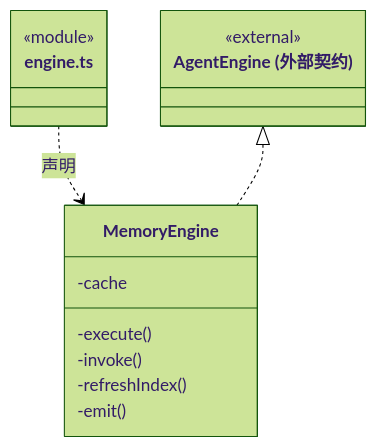
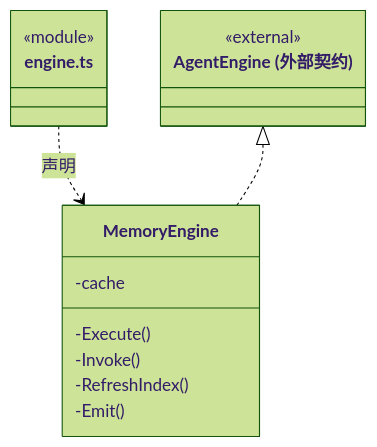
The second of 7 diagrams in src/logic/execution/engines/memory/ARCHITECTURE.md (nan023062/cbim), drawn with Mermaid (forest theme) before and after one commit. The commit also changed other lines of this file and 1035 other files, not shown here.

````diff
--- a/src/logic/execution/engines/memory/ARCHITECTURE.md
+++ b/src/logic/execution/engines/memory/ARCHITECTURE.md
@@ -60,18 +60,18 @@
 ```mermaid
 classDiagram
 class N_src_logic_execution_engines_memory_engine_ts["engine.ts"] {
   <<module>>
 }
 class N_src_logic_execution_engines_memory_engine_ts_MemoryEngine["MemoryEngine"] {
   -cache
-  -execute()
-  -invoke()
-  -refreshIndex()
-  -emit()
+  -Execute()
+  -Invoke()
+  -RefreshIndex()
+  -Emit()
 }
 N_src_logic_execution_engines_memory_engine_ts ..> N_src_logic_execution_engines_memory_engine_ts_MemoryEngine : 声明
 class N_src_logic_execution_engines_memory_engine_ts_external_AgentEngine["AgentEngine (外部契约)"] {
   <<external>>
 }
 N_src_logic_execution_engines_memory_engine_ts_external_AgentEngine <|.. N_src_logic_execution_engines_memory_engine_ts_MemoryEngine
 ```
````
